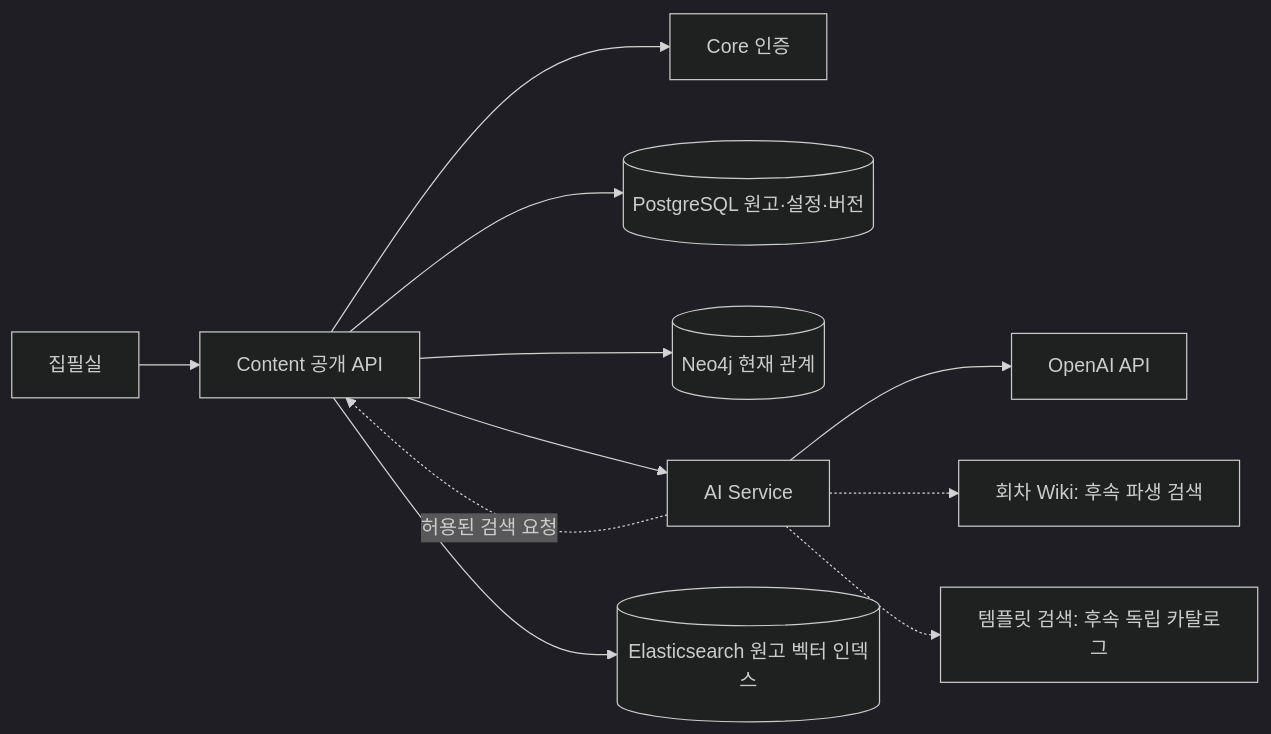
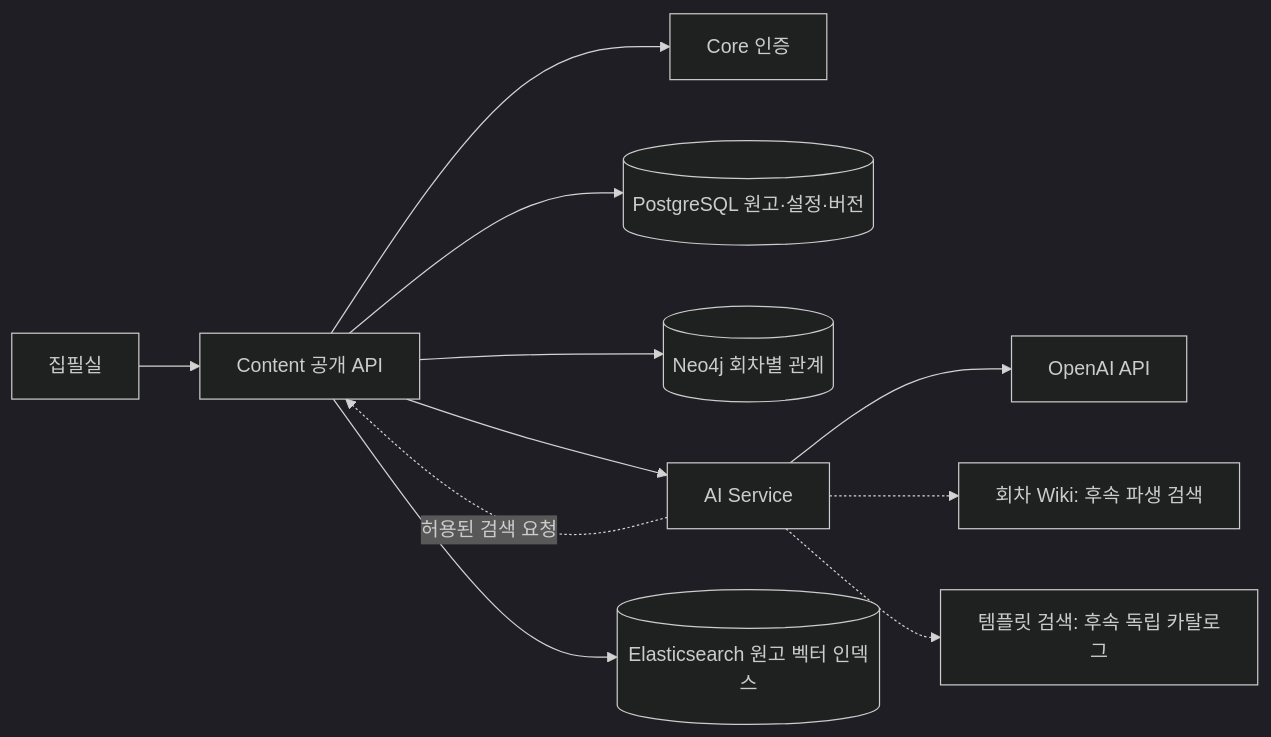
One commit to SKNETWORKS-FAMILY-AICAMP/SKN34-FINAL-4TEAM changed the first of 2 diagrams in docs/writing-ai-architecture/02-ai-architecture.md. Above: the diagram before and after it, drawn with Mermaid (dark theme). The commit also changed other lines of this file and 9 other files, not shown here.

```diff
--- a/docs/writing-ai-architecture/02-ai-architecture.md
+++ b/docs/writing-ai-architecture/02-ai-architecture.md
@@ -9,13 +9,13 @@
 ~~~mermaid
 flowchart LR
   UI[집필실] --> API[Content 공개 API]
   API --> Auth[Core 인증]
   API --> PG[(PostgreSQL 원고·설정·버전)]
-  API --> Neo[(Neo4j 현재 관계)]
+  API --> Neo[(Neo4j 회차별 관계)]
   API --> AI[AI Service]
   AI --> OpenAI[OpenAI API]
   AI -.->|허용된 검색 요청| API
   API --> ES[(Elasticsearch 원고 벡터 인덱스)]
   AI -.-> Wiki[회차 Wiki: 후속 파생 검색]
   AI -.-> Template[템플릿 검색: 후속 독립 카탈로그]
 ~~~
```
